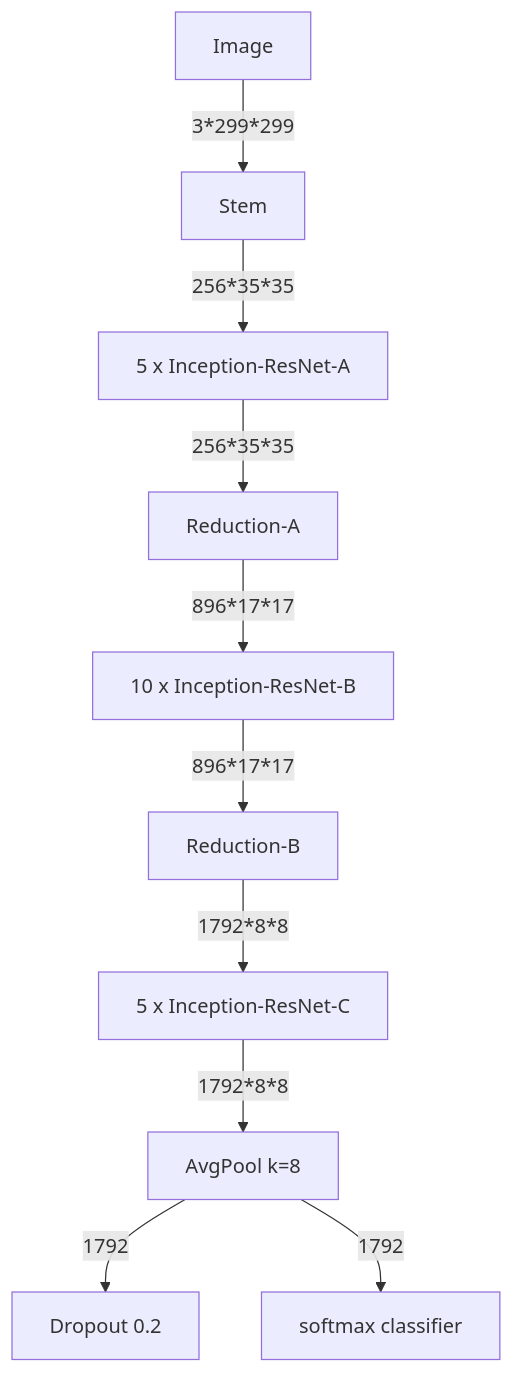
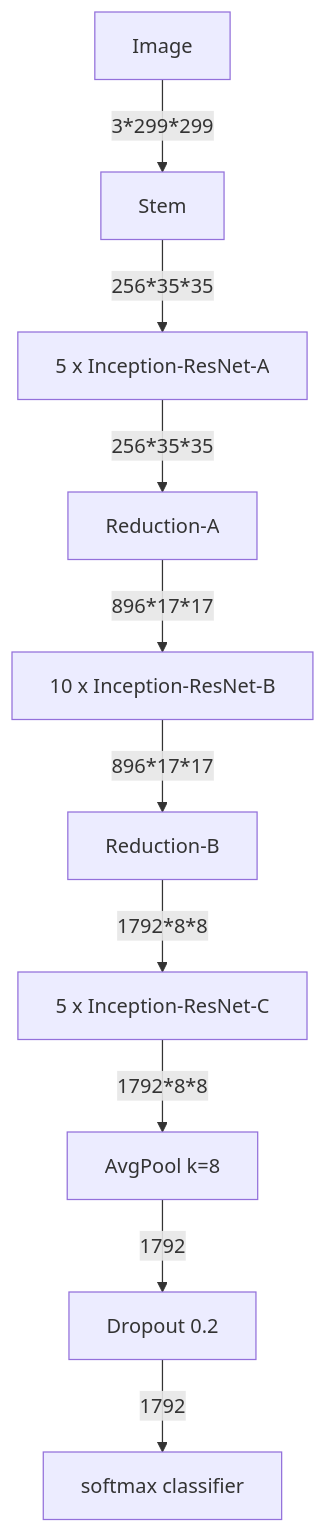
The first of 7 diagrams in ImageNet_evolution/Inception-ResNet-v1.md (ybch14/ybch14.github.io), drawn with Mermaid before and after one commit. The commit also changed other lines of this file and 3 other files, not shown here.

```diff
--- a/ImageNet_evolution/Inception-ResNet-v1.md
+++ b/ImageNet_evolution/Inception-ResNet-v1.md
@@ -37,22 +37,22 @@
 <div class="mermaid" id="inception-resnet-v1-graph" style="display: block">
 graph TD;
 image["Image"];
 stem["Stem"];
 inception_a["5 x Inception-ResNet-A"];
 reduction_a["Reduction-A"];
 inception_b["10 x Inception-ResNet-B"];
 reduction_b["Reduction-B"];
 inception_c["5 x Inception-ResNet-C"];
 pool["AvgPool k=8"];
 dropout["Dropout 0.2"];
 classifier["softmax classifier"];
 image --> |"3*299*299"| stem;
 stem --> |"256*35*35"| inception_a;
 inception_a --> |"256*35*35"| reduction_a;
 reduction_a --> |"896*17*17"| inception_b;
 inception_b --> |"896*17*17"| reduction_b;
 reduction_b --> |"1792*8*8"| inception_c;
 inception_c --> |"1792*8*8"| pool;
 pool --> |"1792"| dropout;
-pool --> |"1792"| classifier;
+dropout --> |"1792"| classifier;
 </div>
```
